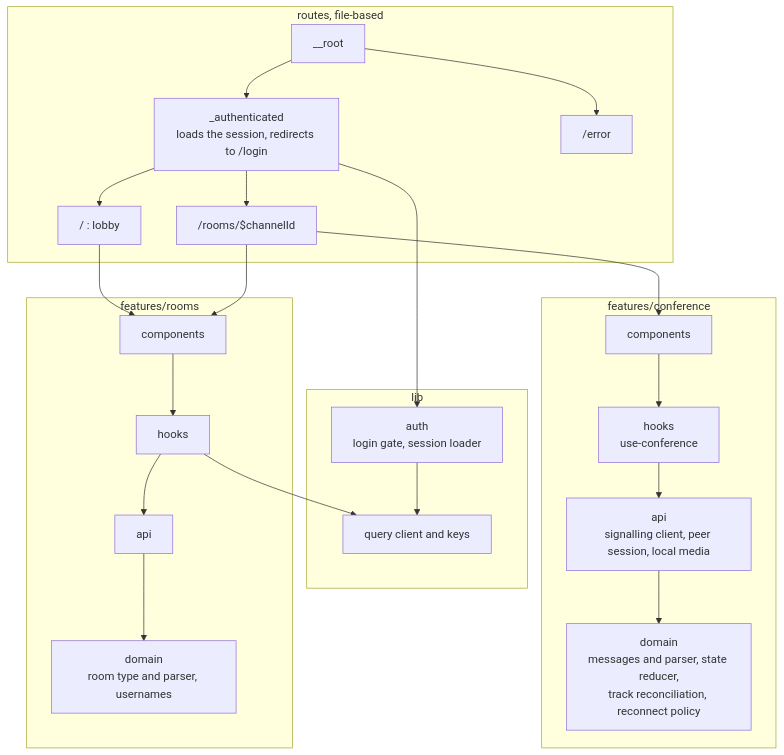
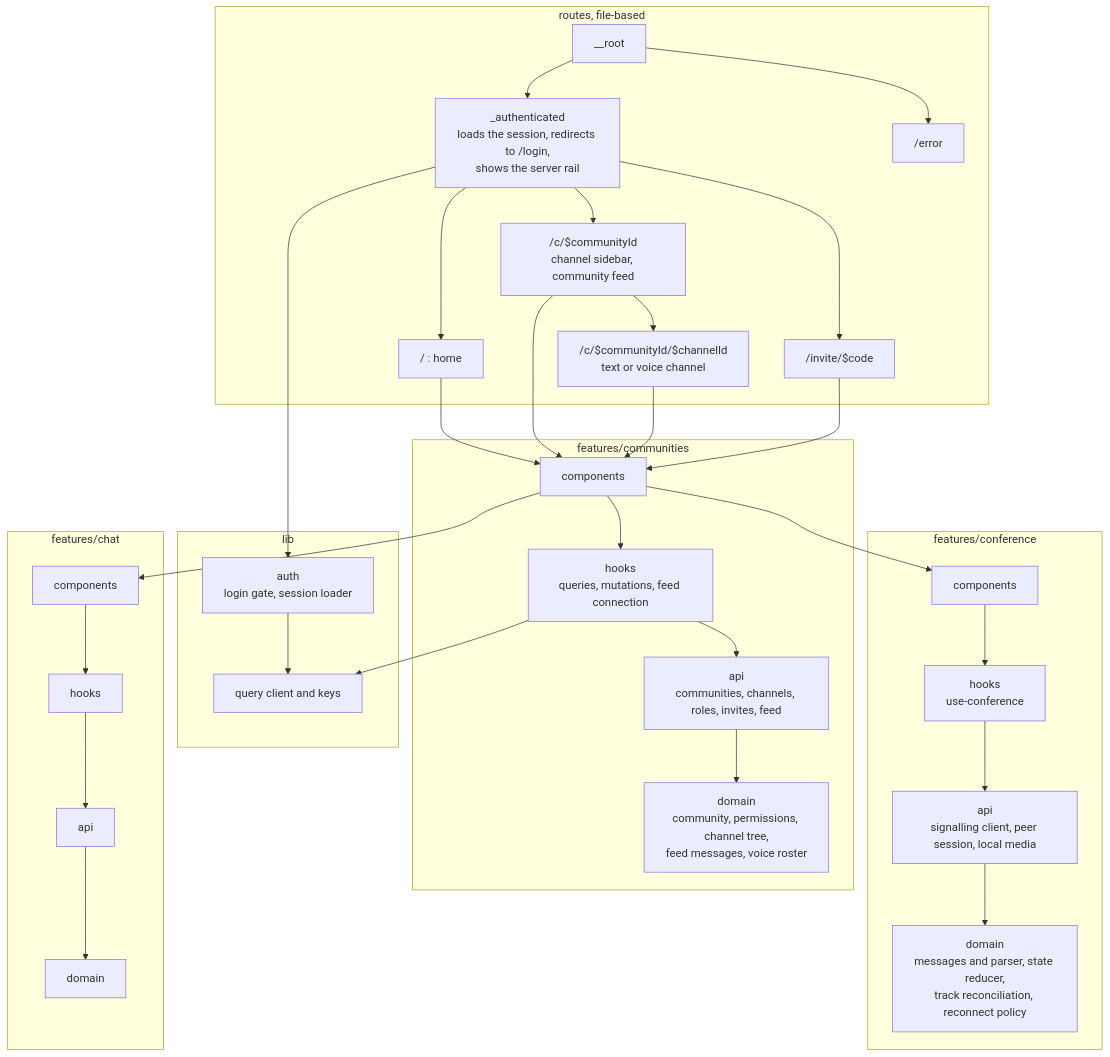
One commit to Jonohas/melior changed the fifth of 18 diagrams in docs/architecture.md. Above: the diagram before and after it, drawn with Mermaid. The commit also changed other lines of this file and 2 other files, not shown here.

Commit message:
Document communities, permissions and voice presence

````diff
--- a/docs/architecture.md
+++ b/docs/architecture.md
@@ -214,38 +242,51 @@
 ```mermaid
 flowchart TB
     subgraph routes["routes, file-based"]
         root["__root"]
-        gate["_authenticated<br/>loads the session, redirects to /login"]
-        lobby["/ : lobby"]
-        room["/rooms/$channelId"]
+        gate["_authenticated<br/>loads the session, redirects to /login,<br/>shows the server rail"]
+        home["/ : home"]
+        community["/c/$communityId<br/>channel sidebar, community feed"]
+        channel["/c/$communityId/$channelId<br/>text or voice channel"]
+        invite["/invite/$code"]
         error["/error"]
     end
 
     subgraph lib["lib"]
         authlib["auth<br/>login gate, session loader"]
         query["query client and keys"]
     end
 
+    subgraph communities["features/communities"]
+        mcomp["components"] --> mhooks["hooks<br/>queries, mutations, feed connection"]
+        mhooks --> mapi["api<br/>communities, channels, roles, invites, feed"]
+        mapi --> mdomain["domain<br/>community, permissions, channel tree,<br/>feed messages, voice roster"]
+    end
+
     subgraph conference["features/conference"]
         ccomp["components"] --> chooks["hooks<br/>use-conference"]
         chooks --> capi["api<br/>signalling client, peer session, local media"]
         capi --> cdomain["domain<br/>messages and parser, state reducer,<br/>track reconciliation, reconnect policy"]
     end
 
-    subgraph roomsf["features/rooms"]
-        rcomp["components"] --> rhooks["hooks"]
-        rhooks --> rapi["api"]
-        rapi --> rdomain["domain<br/>room type and parser, usernames"]
+    subgraph chatf["features/chat"]
+        tcomp["components"] --> thooks["hooks"]
+        thooks --> tapi["api"]
+        tapi --> tdomain["domain"]
     end
 
     root --> gate
     root --> error
-    gate --> lobby
-    gate --> room
+    gate --> home
+    gate --> community
+    gate --> invite
     gate --> authlib
-    lobby --> rcomp
-    room --> ccomp
-    room --> rcomp
-    rhooks --> query
+    community --> channel
+    home --> mcomp
+    community --> mcomp
+    channel --> mcomp
+    invite --> mcomp
+    mcomp --> ccomp
+    mcomp --> tcomp
+    mhooks --> query
     authlib --> query
 ```
````
